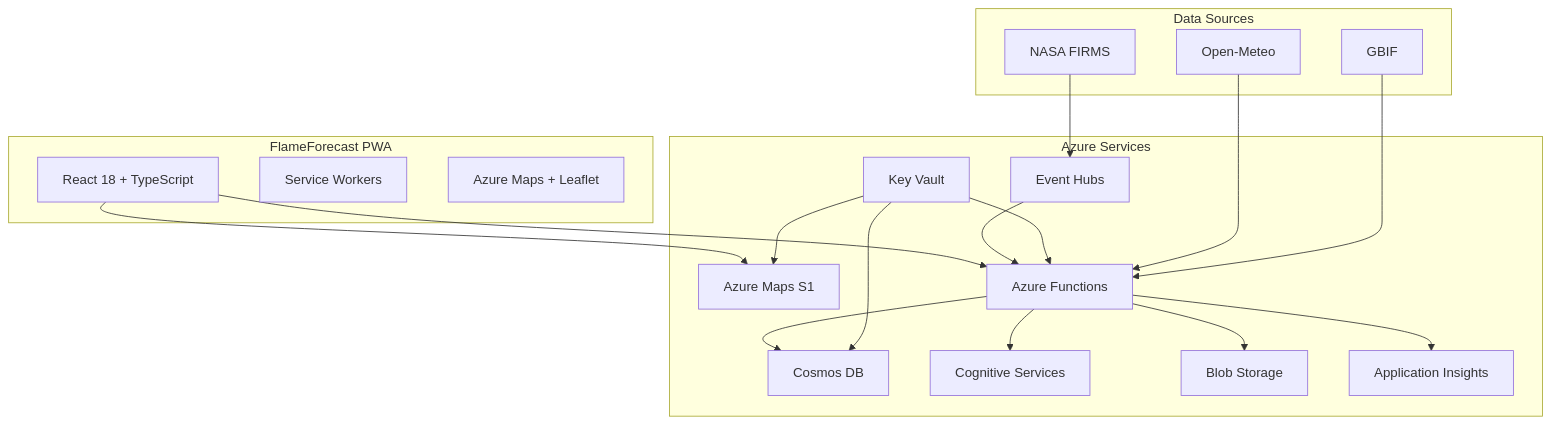
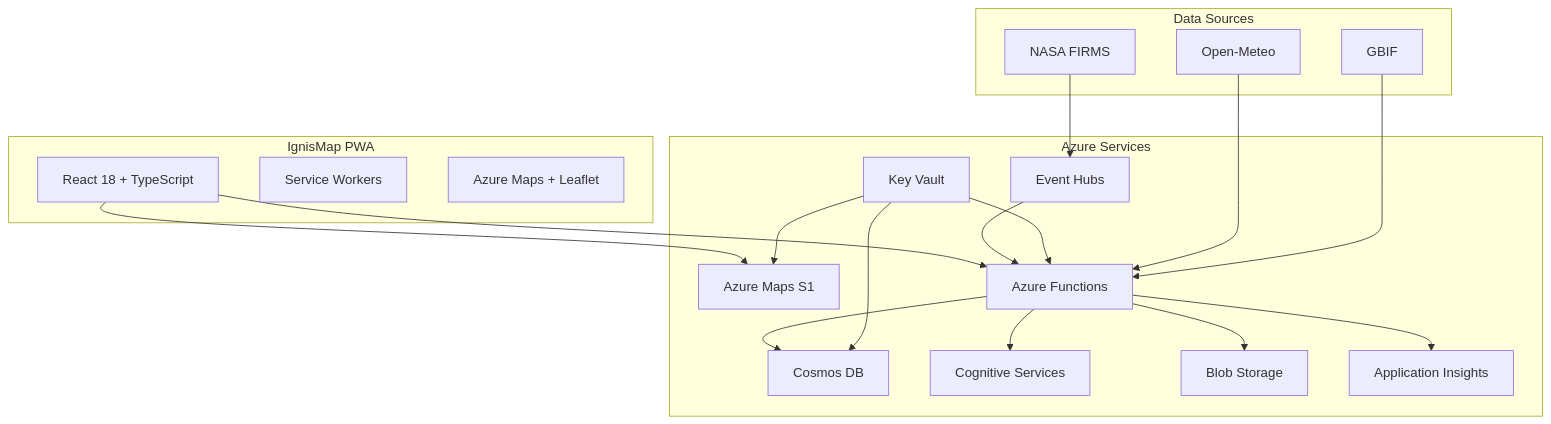
The diagram in README.md (seojedaperez/IgnisMap), drawn with Mermaid before and after one commit.

````diff
--- a/README.md
+++ b/README.md
@@ -84,40 +84,40 @@
 ```mermaid
 graph TB
-    subgraph "FlameForecast PWA"
+    subgraph "IgnisMap PWA"
         React["React 18 + TypeScript"]
         PWA["Service Workers"]
         Maps["Azure Maps + Leaflet"]
     end
     
     subgraph "Azure Services"
         AzureMaps["Azure Maps S1"]
         Cosmos["Cosmos DB"]
         Functions["Azure Functions"]
         Cognitive["Cognitive Services"]
         EventHub["Event Hubs"]
         Storage["Blob Storage"]
         KeyVault["Key Vault"]
         AppInsights["Application Insights"]
     end
     
     subgraph "Data Sources"
         NASA["NASA FIRMS"]
         Weather["Open-Meteo"]
         Bio["GBIF"]
     end
     
     React --> AzureMaps
     React --> Functions
     Functions --> Cosmos
     Functions --> Cognitive
     Functions --> Storage
     Functions --> AppInsights
     EventHub --> Functions
     KeyVault --> Functions
     KeyVault --> Cosmos
     KeyVault --> AzureMaps
     
     NASA --> EventHub
     Weather --> Functions
     Bio --> Functions
 ```
````
